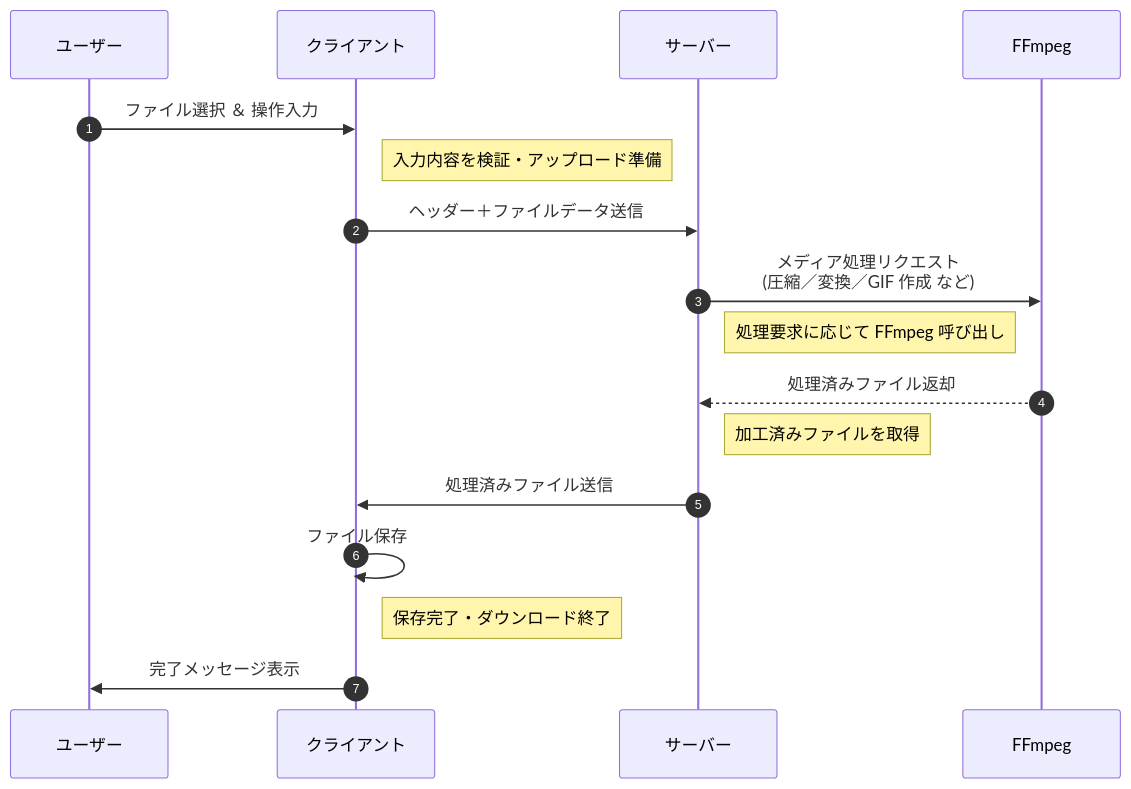
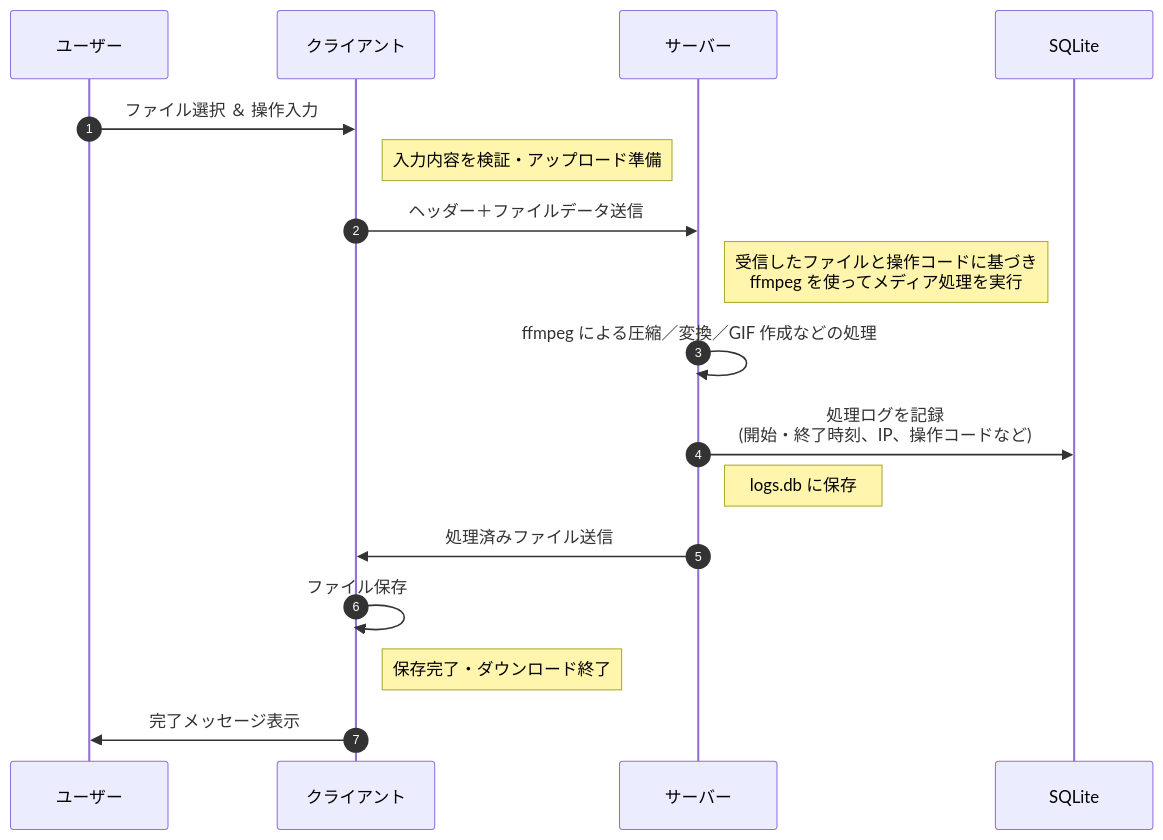
Before and after one commit to BackendExplorer/Video-Processor: the third of 3 diagrams in README.md, drawn with Mermaid.

````diff
--- a/README.md
+++ b/README.md
@@ -411,26 +411,28 @@
 ```mermaid
 sequenceDiagram
     autonumber
 
     participant ユーザー
     participant クライアント
     participant サーバー
-    participant FFmpeg
+    participant SQLite
 
     %% ユーザー操作→アップロード
     ユーザー ->> クライアント: ファイル選択 ＆ 操作入力
     note right of クライアント: 入力内容を検証・アップロード準備
     クライアント ->> サーバー: ヘッダー＋ファイルデータ送信
 
     %% サーバー側で処理
-    サーバー ->> FFmpeg: メディア処理リクエスト<br>(圧縮／変換／GIF 作成 など)
-    note right of サーバー: 処理要求に応じて FFmpeg 呼び出し
-    FFmpeg -->> サーバー: 処理済みファイル返却
-    note right of サーバー: 加工済みファイルを取得
+    note right of サーバー: 受信したファイルと操作コードに基づき<br>ffmpeg を使ってメディア処理を実行
+    サーバー ->> サーバー: ffmpeg による圧縮／変換／GIF 作成などの処理
+
+    %% SQLiteへのログ記録
+    サーバー ->> SQLite: 処理ログを記録<br>(開始・終了時刻、IP、操作コードなど)
+    note right of サーバー: logs.db に保存
 
     %% ダウンロード→保存
     サーバー ->> クライアント: 処理済みファイル送信
     クライアント ->> クライアント: ファイル保存
     note right of クライアント: 保存完了・ダウンロード終了
     クライアント ->> ユーザー: 完了メッセージ表示
 ```
````
